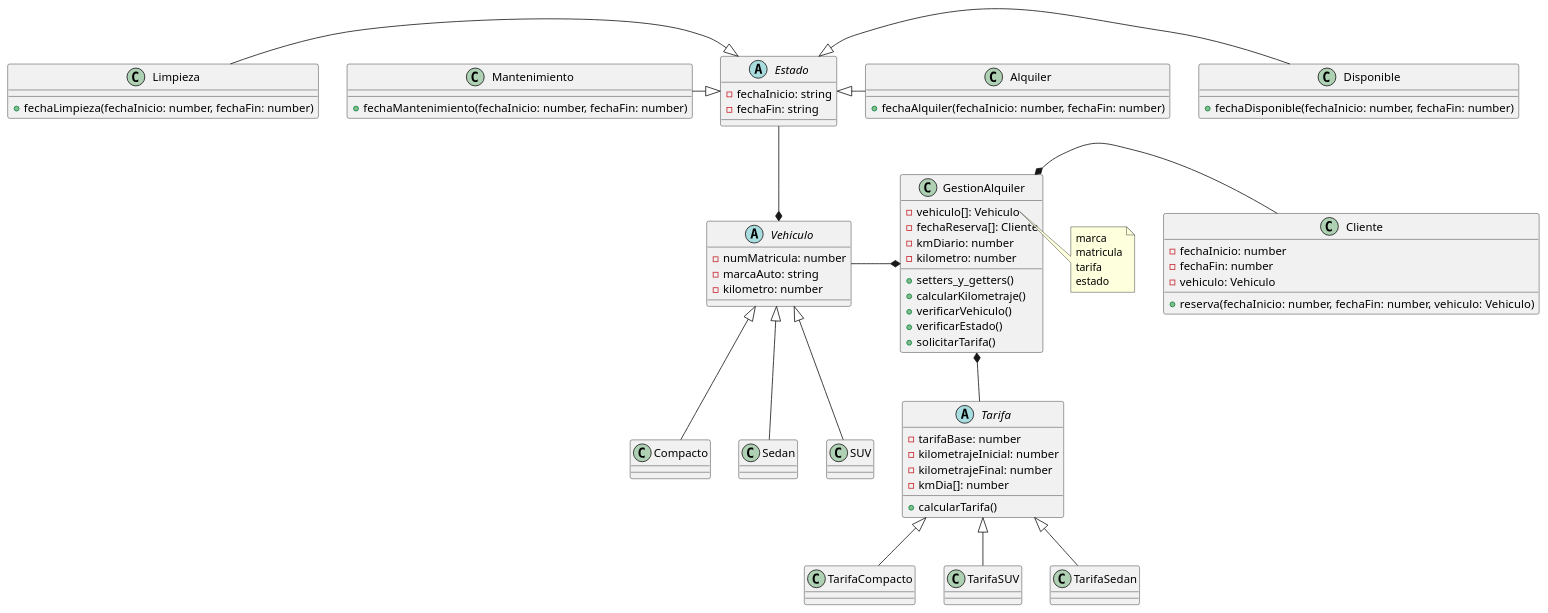
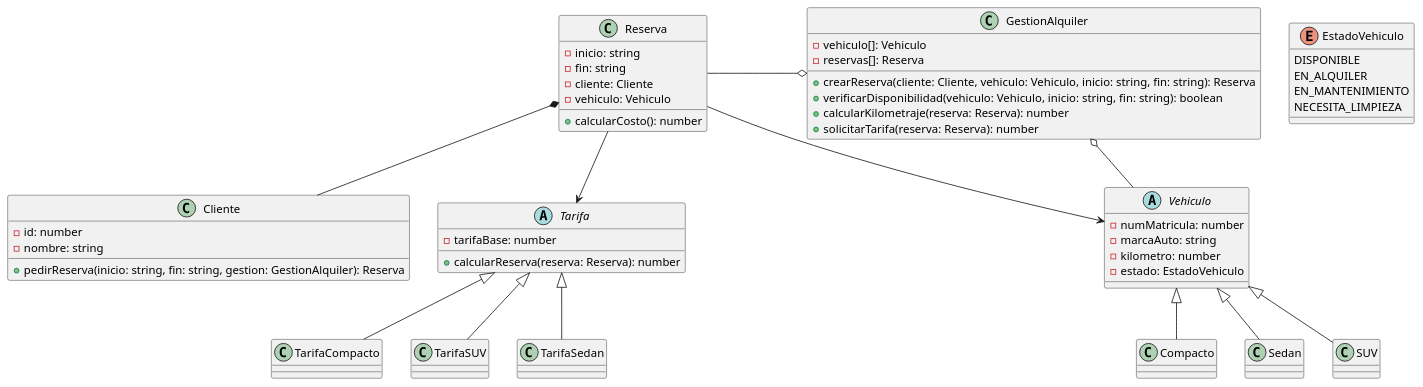
One commit to Nash-Blip/Programaci-n-II changed the diagram in Diagrama_de_clases.puml. Above: the diagram before and after it, drawn with PlantUML.

Commit message:
Cambios en Diagrama_de_clases.puml

```diff
--- a/Diagrama_de_clases.puml
+++ b/Diagrama_de_clases.puml
@@ -1,103 +1,74 @@
 @startuml practico
 
 class GestionAlquiler{
     - vehiculo[]: Vehiculo
-    - fechaReserva[]: Cliente
-    - kmDiario: number
-    - kilometro: number
-    + setters_y_getters()
-    + calcularKilometraje()
-    + verificarVehiculo()
-    + verificarEstado()
-    + solicitarTarifa()
+    - reservas[]: Reserva
+    + crearReserva(cliente: Cliente, vehiculo: Vehiculo, inicio: string, fin: string): Reserva
+    + verificarDisponibilidad(vehiculo: Vehiculo, inicio: string, fin: string): boolean
+    + calcularKilometraje(reserva: Reserva): number
+    + solicitarTarifa(reserva: Reserva): number
 }
 
-abstract class Estado{
-    - fechaInicio: string
-    - fechaFin: string
-}
-
-class Mantenimiento{
-    + fechaMantenimiento(fechaInicio: number, fechaFin: number)
-}
-
-class Limpieza{
-    + fechaLimpieza(fechaInicio: number, fechaFin: number)
-}
-class Alquiler{
-    + fechaAlquiler(fechaInicio: number, fechaFin: number)
-}
-
-class Disponible{ 
-    + fechaDisponible(fechaInicio: number, fechaFin: number)
+enum EstadoVehiculo {
+  DISPONIBLE
+  EN_ALQUILER
+  EN_MANTENIMIENTO
+  NECESITA_LIMPIEZA
 }
 
 class Cliente{
-    - fechaInicio: number
-    - fechaFin: number
+    - id: number
+    - nombre: string
+    + pedirReserva(inicio: string, fin: string, gestion: GestionAlquiler): Reserva
+}
+
+class Reserva{
+    - inicio: string
+    - fin: string
+    - cliente: Cliente
     - vehiculo: Vehiculo
-    + reserva(fechaInicio: number, fechaFin: number, vehiculo: Vehiculo)
+    + calcularCosto(): number
 }
 
 abstract class Vehiculo{
     - numMatricula: number
     - marcaAuto: string
     - kilometro: number
+    - estado: EstadoVehiculo
 }
 
-class Compacto extends Vehiculo{
-
-}
-
-class Sedan extends Vehiculo{
-
-}
-
-class SUV extends Vehiculo{
-
-}
+class Compacto extends Vehiculo
+class Sedan extends Vehiculo
+class SUV extends Vehiculo
 
 abstract class Tarifa{
     - tarifaBase: number
-    - kilometrajeInicial: number
-    - kilometrajeFinal: number
-    - kmDia[]: number
-    + calcularTarifa()
+    + calcularReserva(reserva: Reserva): number
 }
 
-class TarifaCompacto extends Tarifa{
+class TarifaCompacto extends Tarifa
+class TarifaSUV extends Tarifa
+class TarifaSedan extends Tarifa
 
-}
-class TarifaSUV extends Tarifa{
+GestionAlquiler o-r- Vehiculo
+GestionAlquiler o-l- Reserva
+Reserva --> Tarifa
+Reserva --> Vehiculo
+Reserva *-- Cliente
 
-}
-class TarifaSedan extends Tarifa{
+note right of TarifaCompacto::calcularReserva
+Base: $30 * días
++ exceso si >100km/día
+end note
 
-}
+note right of TarifaSedan::calcularReserva
+Base: $50 * días
++ $0.20 por km total
+end note
 
-Vehiculo *-u- Estado
-GestionAlquiler *-r- Cliente
-GestionAlquiler *-l- Vehiculo
-GestionAlquiler *-d- Tarifa
-Estado <|-l- Mantenimiento
-Estado <|-l- Limpieza
-Estado <|-r- Disponible
-Estado <|-r- Alquiler
+note right of TarifaSUV::calcularReserva
+Base: ($80 + $15 seguro) * días
++ exceso si >500 km total
+end note
 
-note left of Vehiculo::calculoTarifa
-compacto:
-    const base = 30 * dias;
-Sedan:
-    exceso = 0.25 * kilometro;
-    const base = (50 * dias) + exceso;
-    
-SUV:
-    const base = 95 * dias;
-end note
-note right of GestionAlquiler::vehiculo[]
-    marca
-    matricula
-    tarifa
-    estado
-end note
 @enduml
```
